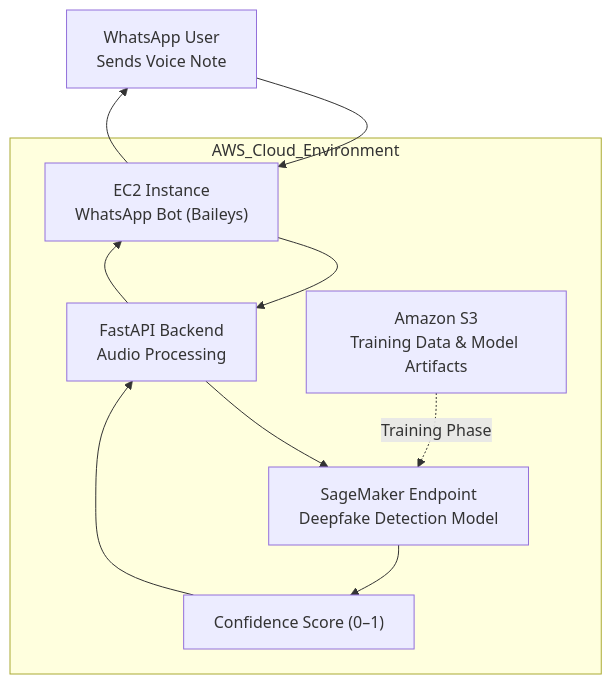
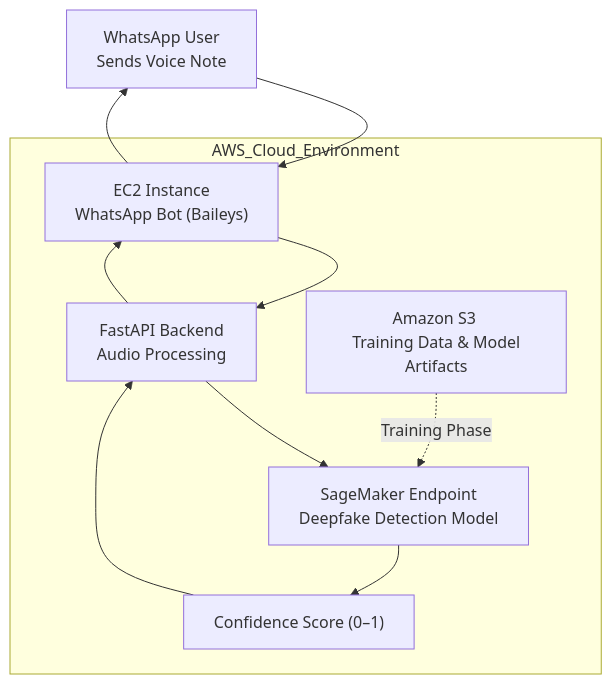
One commit to ChrisKelleher1947/ChrisKelleher1947.github.io changed the first of 2 diagrams in ProjectArchitecture.md. Above: the diagram before and after it, drawn with Mermaid. The commit also changed other lines of this file, not shown here.

Commit message:
Improve formatting in ProjectArchitecture.md
Updated formatting for clarity in the Project Architecture diagram.

````diff
--- a/ProjectArchitecture.md
+++ b/ProjectArchitecture.md
@@ -23,23 +23,23 @@
 ```mermaid
 flowchart TD
 
-    A["WhatsApp User\nSends Voice Note"]
+    A["WhatsApp User \n Sends Voice Note"]
 
     subgraph AWS_Cloud_Environment
-        B["EC2 Instance\nWhatsApp Bot (Baileys)"]
-        C["FastAPI Backend\nAudio Processing"]
-        D["SageMaker Endpoint\nDeepfake Detection Model"]
+        B["EC2 Instance \n WhatsApp Bot (Baileys)"]
+        C["FastAPI Backend \n Audio Processing"]
+        D["SageMaker Endpoint \n Deepfake Detection Model"]
         E["Confidence Score (0–1)"]
-        F["Amazon S3\nTraining Data & Model Artifacts"]
+        F["Amazon S3 \n Training Data & Model Artifacts"]
     end
 
     A --> B
     B --> C
     C --> D
     D --> E
     E --> C
     C --> B
     B --> A
 
     F -. Training Phase .-> D
 ```
````
